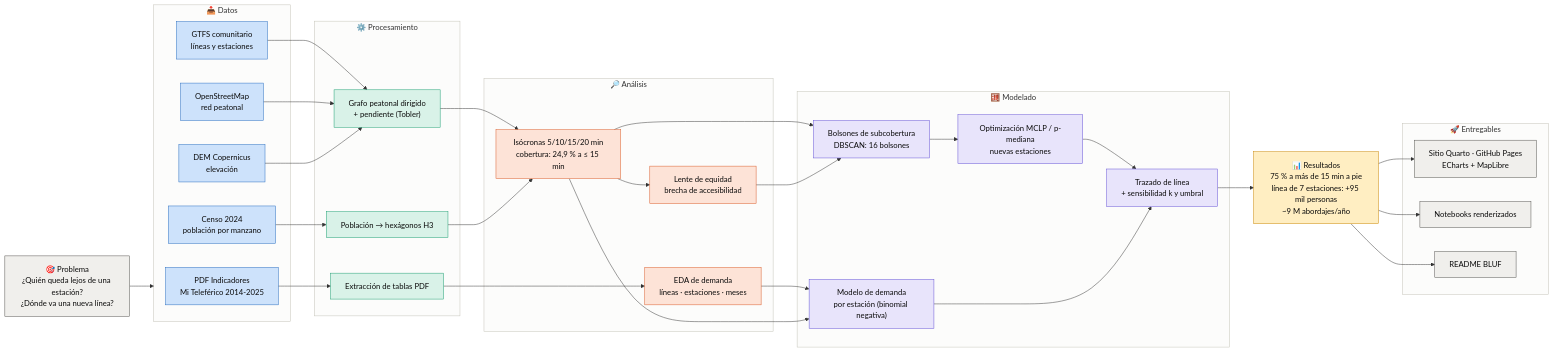
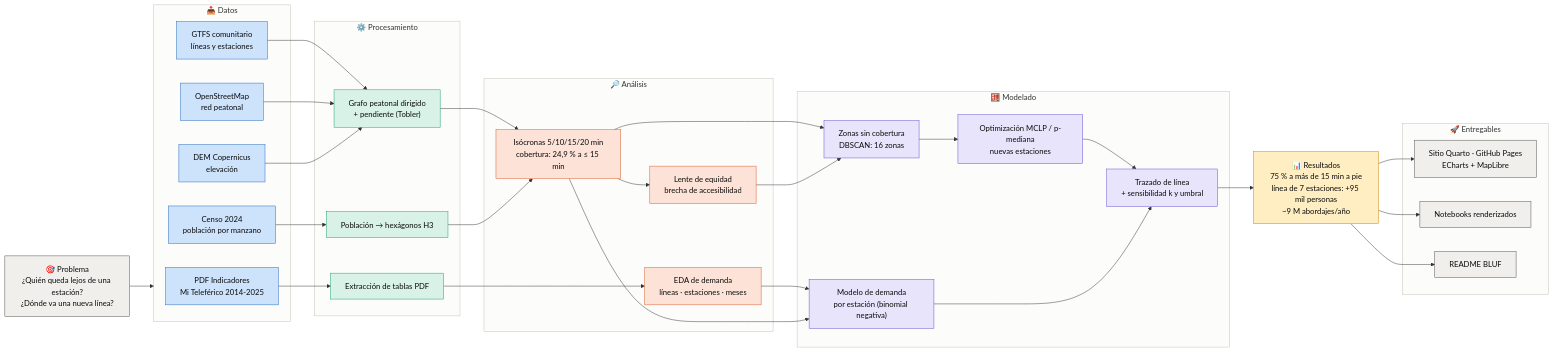
The diagram in docs/diagrama.mmd (freddxvill/analisis-proyeccion-linea-teleferico-la-paz-bolivia), drawn with Mermaid before and after one commit. The commit also changed 8 other files, not shown here.

Commit message:
Texto visible: "bolsones" pasa a "zonas sin cobertura"

```diff
--- a/docs/diagrama.mmd
+++ b/docs/diagrama.mmd
@@ -1,73 +1,73 @@
 flowchart LR
     P["🎯 Problema<br/>¿Quién queda lejos de una estación?<br/>¿Dónde va una nueva línea?"]
 
     subgraph D["📥 Datos"]
         D1["PDF Indicadores<br/>Mi Teleférico 2014-2025"]
         D3["GTFS comunitario<br/>líneas y estaciones"]
         D4["OpenStreetMap<br/>red peatonal"]
         D5["Censo 2024<br/>población por manzano"]
         D6["DEM Copernicus<br/>elevación"]
     end
 
     subgraph T["⚙️ Procesamiento"]
         T1["Extracción de tablas PDF"]
         T2["Grafo peatonal dirigido<br/>+ pendiente (Tobler)"]
         T3["Población → hexágonos H3"]
     end
 
     subgraph A["🔎 Análisis"]
         A1["EDA de demanda<br/>líneas · estaciones · meses"]
         A2["Isócronas 5/10/15/20 min<br/>cobertura: 24,9 % a ≤ 15 min"]
         A3["Lente de equidad<br/>brecha de accesibilidad"]
     end
 
     subgraph M["🧮 Modelado"]
-        M0["Bolsones de subcobertura<br/>DBSCAN: 16 bolsones"]
+        M0["Zonas sin cobertura<br/>DBSCAN: 16 zonas"]
         M1["Modelo de demanda<br/>por estación (binomial negativa)"]
         M2["Optimización MCLP / p-mediana<br/>nuevas estaciones"]
         M3["Trazado de línea<br/>+ sensibilidad k y umbral"]
     end
 
     R["📊 Resultados<br/>75 % a más de 15 min a pie<br/>línea de 7 estaciones: +95 mil personas<br/>~9 M abordajes/año"]
 
     subgraph E["🚀 Entregables"]
         E1["Sitio Quarto · GitHub Pages<br/>ECharts + MapLibre"]
         E2["Notebooks renderizados"]
         E3["README BLUF"]
     end
 
     P --> D
     D1 --> T1
     D3 & D4 & D6 --> T2
     D5 --> T3
     T1 --> A1
     T2 & T3 --> A2
     A2 --> A3
     A1 & A2 --> M1
     A2 & A3 --> M0
     M0 --> M2
     M2 --> M3
     M1 --> M3
     M3 --> R
     R --> E1 & E2 & E3
 
     %% Colores por etapa (paleta del sitio). Los subgrafos quedan neutros.
     classDef problema fill:#f0efec,stroke:#52514e,color:#0b0b0b
     classDef datos fill:#cde2fb,stroke:#256abf,color:#0b0b0b
     classDef proc fill:#d9f2e8,stroke:#199e70,color:#0b0b0b
     classDef analisis fill:#fde3d7,stroke:#d95926,color:#0b0b0b
     classDef modelo fill:#e8e4fb,stroke:#6250d6,color:#0b0b0b
     classDef resultado fill:#ffeec2,stroke:#c98500,color:#0b0b0b
     classDef entrega fill:#f0efec,stroke:#52514e,color:#0b0b0b
     class P problema
     class D1,D3,D4,D5,D6 datos
     class T1,T2,T3 proc
     class A1,A2,A3 analisis
     class M0,M1,M2,M3 modelo
     class R resultado
     class E1,E2,E3 entrega
     style D fill:#fcfcfb,stroke:#c3c2b7
     style T fill:#fcfcfb,stroke:#c3c2b7
     style A fill:#fcfcfb,stroke:#c3c2b7
     style M fill:#fcfcfb,stroke:#c3c2b7
     style E fill:#fcfcfb,stroke:#c3c2b7
```
